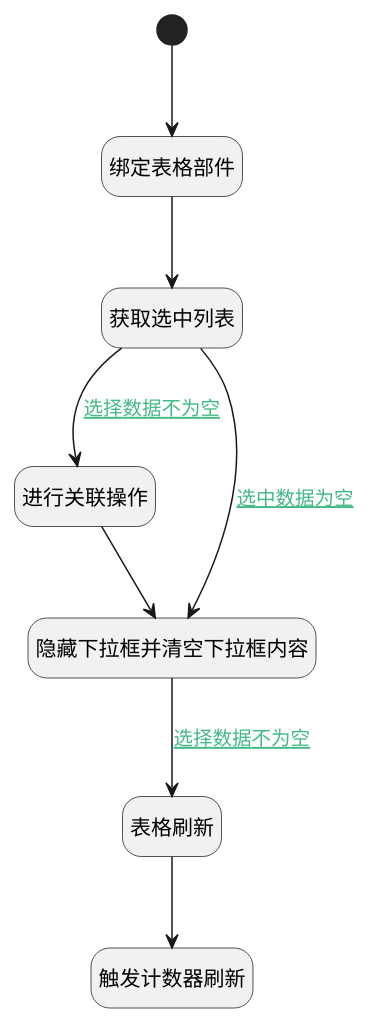
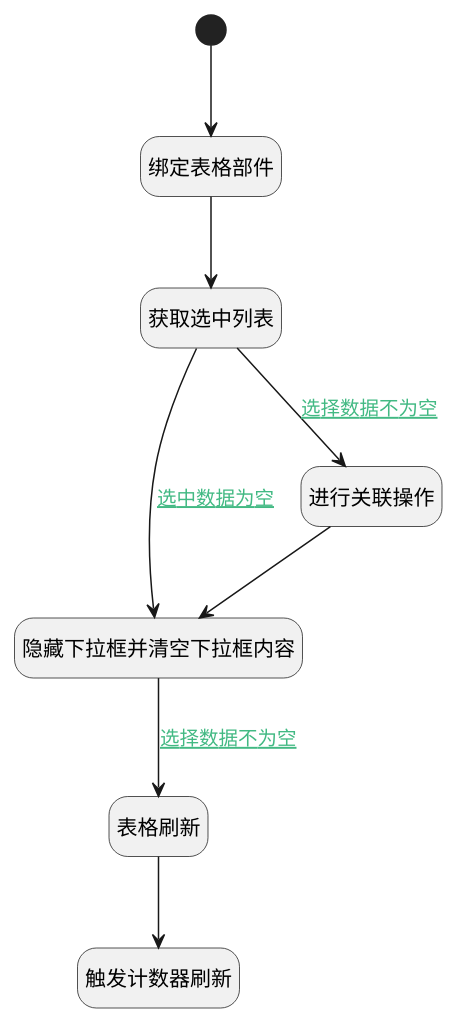
One commit to iBizLab/plm changed the diagram in doc/docsify/module/ProjMgmt/work_item/uilogic/ticket_relation_work_item.md. Above: the diagram before and after it, drawn with PlantUML. The commit also changed other lines of this file and 1473 other files, not shown here.

````diff
--- a/doc/docsify/module/ProjMgmt/work_item/uilogic/ticket_relation_work_item.md
+++ b/doc/docsify/module/ProjMgmt/work_item/uilogic/ticket_relation_work_item.md
@@ -7,30 +7,30 @@
 ```plantuml
 @startuml
 hide footbox
 <style>
 root {
   HyperlinkColor #42b983
 }
 </style>
 
 hide empty description
 state "开始" as Begin <<start>> [[$./ticket_relation_work_item#begin {开始}]]
-state "绑定表格部件" as PREPAREJSPARAM1  [[$./ticket_relation_work_item#preparejsparam1 {绑定表格部件}]]
+state "隐藏下拉框并清空下拉框内容" as RAWJSCODE1  [[$./ticket_relation_work_item#rawjscode1 {隐藏下拉框并清空下拉框内容}]]
+state "表格刷新" as VIEWCTRLINVOKE1  [[$./ticket_relation_work_item#viewctrlinvoke1 {表格刷新}]]
 state "触发计数器刷新" as RAWJSCODE3  [[$./ticket_relation_work_item#rawjscode3 {触发计数器刷新}]]
 state "进行关联操作" as DEACTION1  [[$./ticket_relation_work_item#deaction1 {进行关联操作}]]
-state "隐藏下拉框并清空下拉框内容" as RAWJSCODE1  [[$./ticket_relation_work_item#rawjscode1 {隐藏下拉框并清空下拉框内容}]]
+state "绑定表格部件" as PREPAREJSPARAM1  [[$./ticket_relation_work_item#preparejsparam1 {绑定表格部件}]]
 state "获取选中列表" as RAWJSCODE2  [[$./ticket_relation_work_item#rawjscode2 {获取选中列表}]]
-state "表格刷新" as VIEWCTRLINVOKE1  [[$./ticket_relation_work_item#viewctrlinvoke1 {表格刷新}]]
 
 
 Begin --> PREPAREJSPARAM1
 PREPAREJSPARAM1 --> RAWJSCODE2
 RAWJSCODE2 --> DEACTION1 : [[$./ticket_relation_work_item#rawjscode2-deaction1{选择数据不为空} 选择数据不为空]]
 DEACTION1 --> RAWJSCODE1
 RAWJSCODE1 --> VIEWCTRLINVOKE1 : [[$./ticket_relation_work_item#rawjscode1-viewctrlinvoke1{选择数据不为空} 选择数据不为空]]
 VIEWCTRLINVOKE1 --> RAWJSCODE3
 RAWJSCODE2 --> RAWJSCODE1 : [[$./ticket_relation_work_item#rawjscode2-rawjscode1{选中数据为空} 选中数据为空]]
 
 
 @enduml
 ```
````
